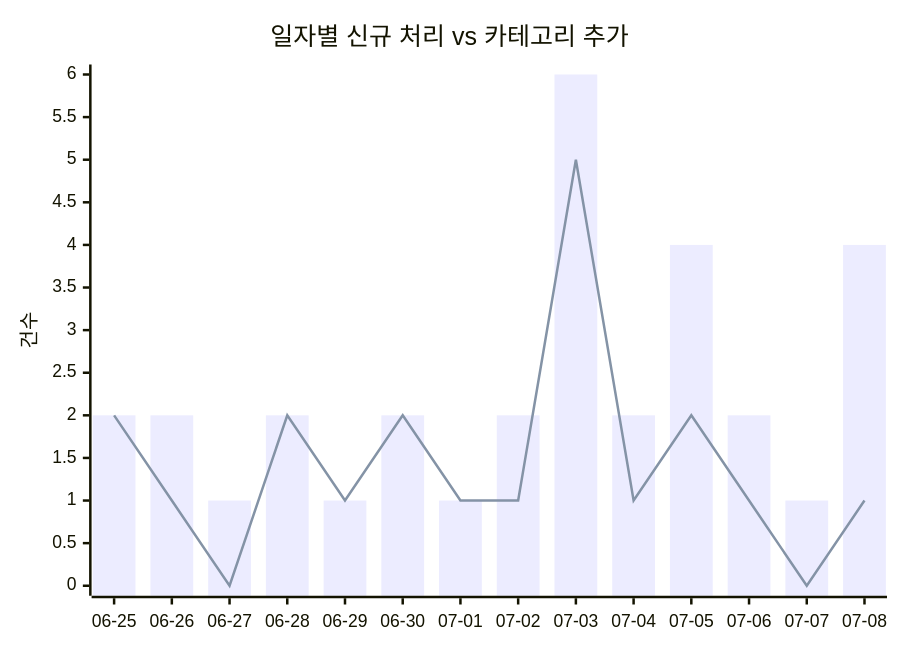
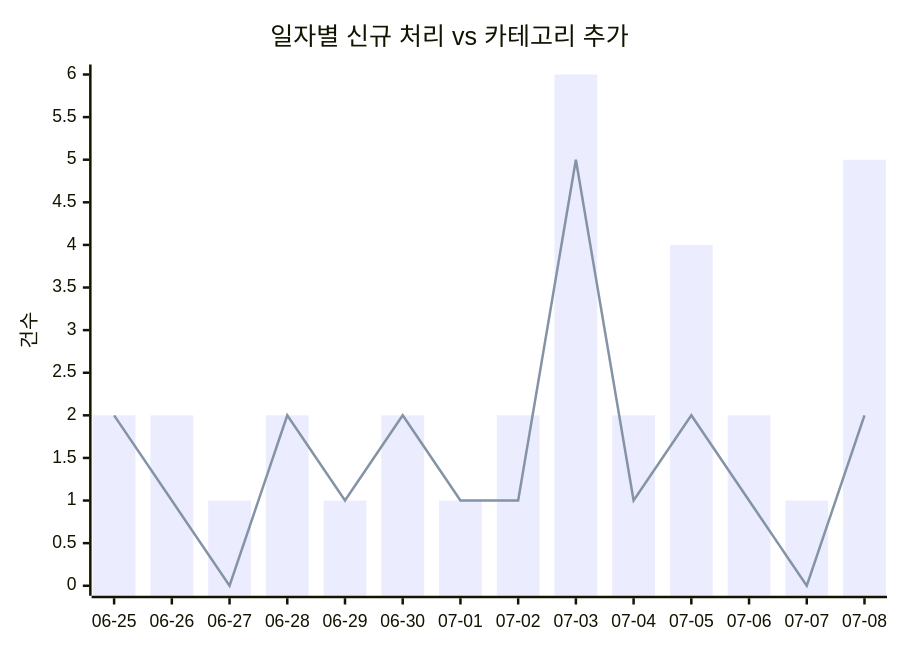
Before and after one commit to J-nowcow/awesome-korean-agent-skills: the first of 2 diagrams in docs/trends.md, drawn with Mermaid. The commit also changed other lines of this file and 3 other files, not shown here.

````diff
--- a/docs/trends.md
+++ b/docs/trends.md
@@ -32,8 +32,8 @@
 ```mermaid
 xychart-beta
     title "일자별 신규 처리 vs 카테고리 추가"
     x-axis ["06-25","06-26","06-27","06-28","06-29","06-30","07-01","07-02","07-03","07-04","07-05","07-06","07-07","07-08"]
     y-axis "건수"
-    bar [2,2,1,2,1,2,1,2,6,2,4,2,1,4]
-    line [2,1,0,2,1,2,1,1,5,1,2,1,0,1]
+    bar [2,2,1,2,1,2,1,2,6,2,4,2,1,5]
+    line [2,1,0,2,1,2,1,1,5,1,2,1,0,2]
 ```
````
